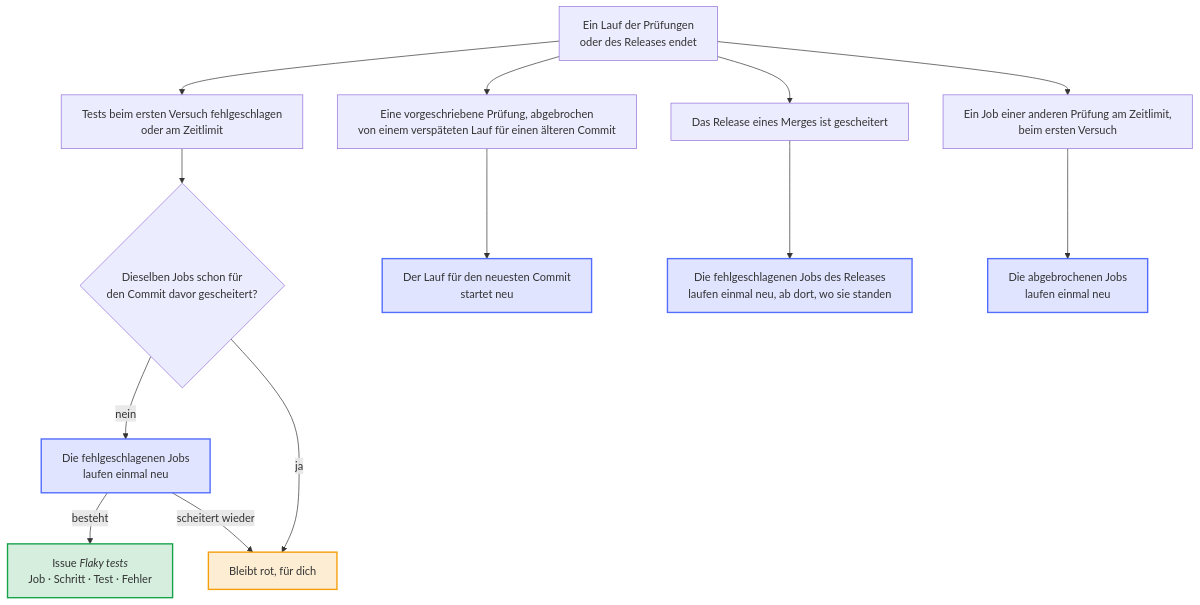
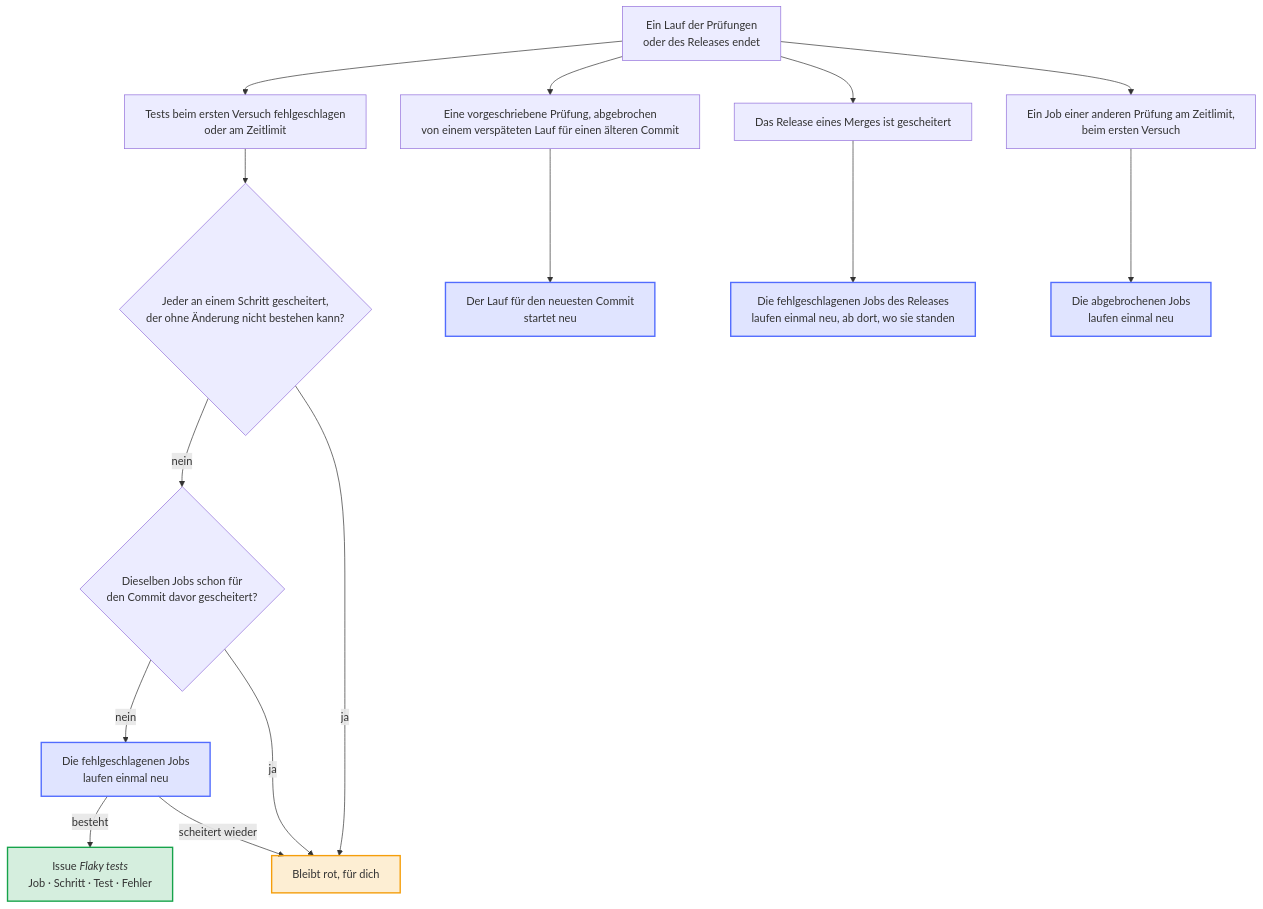
One commit to Dennis-Otto/repo-blueprint changed the diagram in docs/diagrams/when-a-check-fails-or-stops.de.mmd. Above: the diagram before and after it, drawn with Mermaid. The commit also changed 21 other files, not shown here.

First line of the commit message:
feat(flaky): run no job again that failed in a step that can't pass without a change (#1037)

```diff
--- a/docs/diagrams/when-a-check-fails-or-stops.de.mmd
+++ b/docs/diagrams/when-a-check-fails-or-stops.de.mmd
@@ -1,41 +1,44 @@
 ---
 config:
   flowchart:
     wrappingWidth: 400
 ---
 flowchart TB
     accTitle: Wenn eine Prüfung scheitert oder abbricht
-    accDescr: Wenn ein Lauf der Prüfungen oder des Releases endet, schauen die Bots nach den Prüfungen, wie. Tests, die beim ersten Versuch fehlgeschlagen sind oder ihr Zeitlimit erreicht haben, führen ihre fehlgeschlagenen Jobs einmal neu aus, außer dieselben Jobs sind schon für den Commit davor gescheitert; ein Job, der dann besteht, kommt mit seinem Schritt, seinem Test und seinem Fehler in das Issue der wackeligen Tests, und einer, der wieder scheitert, bleibt rot. Eine vorgeschriebene Prüfung, die ein verspäteter Lauf für einen älteren Commit abgebrochen hat, startet neu. Ein Job einer anderen Prüfung, der beim ersten Versuch sein Zeitlimit erreicht hat, läuft einmal neu. Das Release eines Merges, das gescheitert ist, führt seine fehlgeschlagenen Jobs einmal neu aus, dort, wo sie stehen geblieben sind.
+    accDescr: Wenn ein Lauf der Prüfungen oder des Releases endet, schauen die Bots nach den Prüfungen, wie. Tests, die beim ersten Versuch fehlgeschlagen sind oder ihr Zeitlimit erreicht haben, führen ihre fehlgeschlagenen Jobs einmal neu aus, außer jeder von ihnen ist an einem Schritt von scripts/check.sh gescheitert, der ohne eine Änderung nicht bestehen kann, oder dieselben Jobs sind schon für den Commit davor gescheitert, was sie rot lässt und die Reihe des Branch-Bots weiterrückt; ein Job, der dann besteht, kommt mit seinem Schritt, seinem Test und seinem Fehler in das Issue der wackeligen Tests, und einer, der wieder scheitert, bleibt rot. Eine vorgeschriebene Prüfung, die ein verspäteter Lauf für einen älteren Commit abgebrochen hat, startet neu. Ein Job einer anderen Prüfung, der beim ersten Versuch sein Zeitlimit erreicht hat, läuft einmal neu. Das Release eines Merges, das gescheitert ist, führt seine fehlgeschlagenen Jobs einmal neu aus, dort, wo sie stehen geblieben sind.
 
     run["Ein Lauf der Prüfungen<br>oder des Releases endet"]
     tests["Tests beim ersten Versuch fehlgeschlagen<br>oder am Zeitlimit"]
     raced["Eine vorgeschriebene Prüfung, abgebrochen<br>von einem verspäteten Lauf für einen älteren Commit"]
     release["Das Release eines Merges ist gescheitert"]
     late["Ein Job einer anderen Prüfung am Zeitlimit,<br>beim ersten Versuch"]
+    step{"Jeder an einem Schritt gescheitert,<br>der ohne Änderung nicht bestehen kann?"}
     before{"Dieselben Jobs schon für<br>den Commit davor gescheitert?"}
     again["Die fehlgeschlagenen Jobs<br>laufen einmal neu"]
     flaky["`Issue *Flaky tests*<br>Job · Schritt · Test · Fehler`"]
     restart["Der Lauf für den neuesten Commit<br>startet neu"]
     resume["Die fehlgeschlagenen Jobs des Releases<br>laufen einmal neu, ab dort, wo sie standen"]
     once["Die abgebrochenen Jobs<br>laufen einmal neu"]
     red["Bleibt rot, für dich"]
 
     run --> tests
     run --> raced
     run --> release
     run --> late
-    tests --> before
+    tests --> step
+    step -- "nein" --> before
+    step -- "ja" --> red
     before -- "nein" --> again
     before -- "ja" --> red
     again -- "besteht" --> flaky
     again -- "scheitert wieder" --> red
     raced --> restart
     late --> once
     release --> resume
 
     classDef bot fill:#526cfe2e,stroke:#526cfe,stroke-width:2px
     classDef person fill:#f59e0b2e,stroke:#f59e0b,stroke-width:2px
     classDef done fill:#16a34a2e,stroke:#16a34a,stroke-width:2px
     class again,restart,resume,once bot
     class red person
     class flaky done
```
